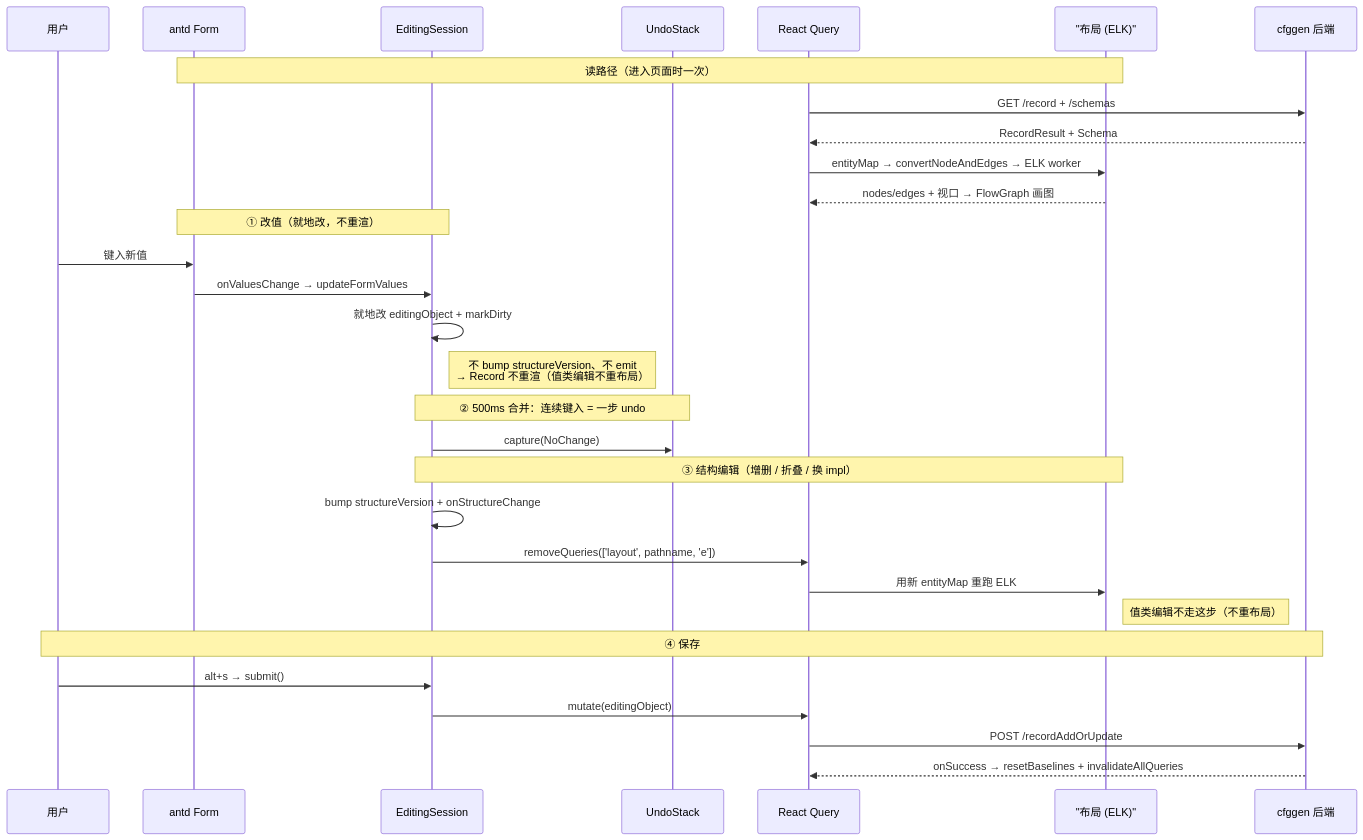
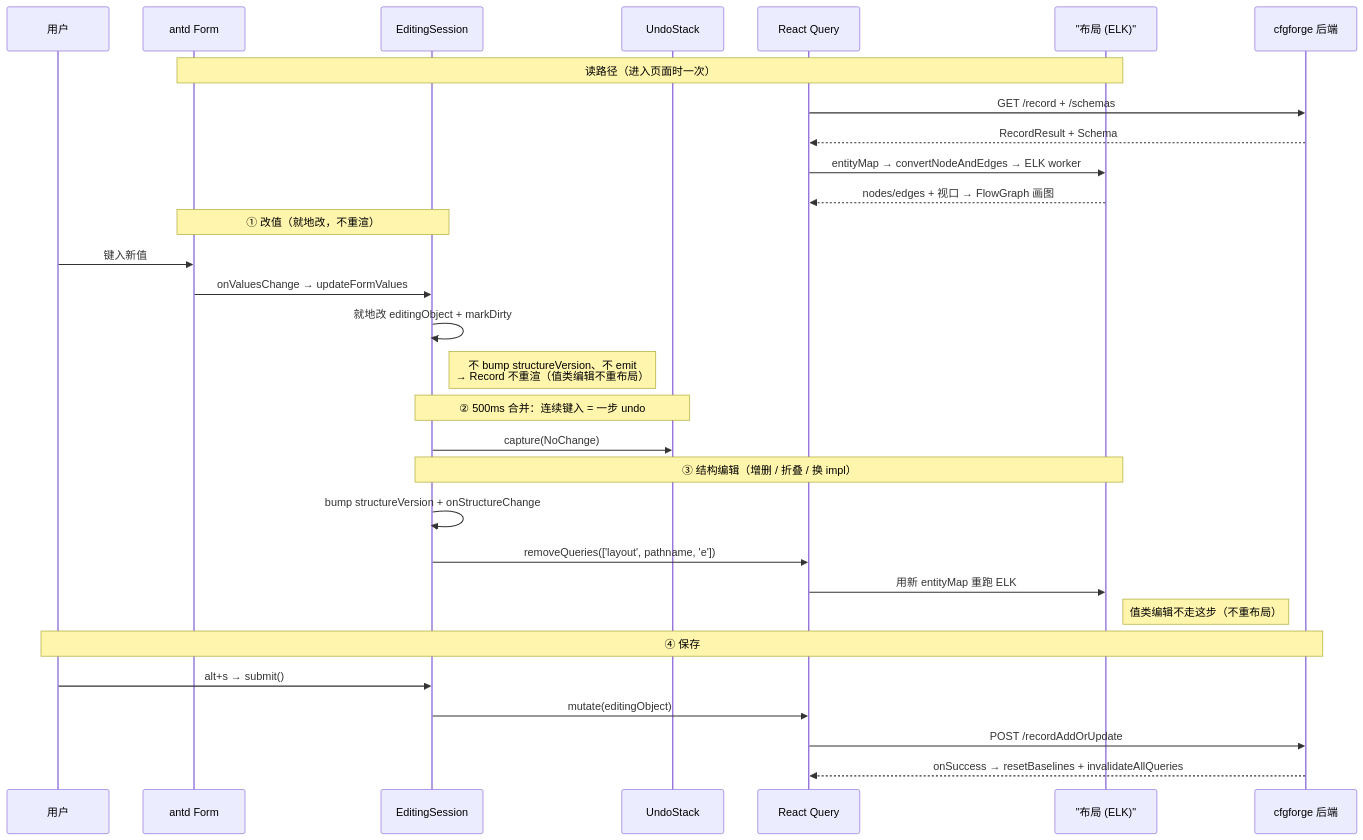
The diagram in cfgeditor/docs/README.md (zhao-zg/cfgforge), drawn with Mermaid before and after one commit. The commit also changed other lines of this file and 314 other files, not shown here.

First line of the commit message:
chore: rebrand cfggen -> cfgforge (package names, CLI, docs, lockfile)

````diff
--- a/cfgeditor/docs/README.md
+++ b/cfgeditor/docs/README.md
@@ -71,37 +71,37 @@
 ```mermaid
 sequenceDiagram
     participant U as 用户
     participant F as antd Form
     participant S as EditingSession
     participant UN as UndoStack
     participant Q as React Query
     participant L as "布局 (ELK)"
-    participant B as cfggen 后端
+    participant B as cfgforge 后端
 
     Note over F,L: 读路径（进入页面时一次）
     Q->>B: GET /record + /schemas
     B-->>Q: RecordResult + Schema
     Q->>L: entityMap → convertNodeAndEdges → ELK worker
     L-->>Q: nodes/edges + 视口 → FlowGraph 画图
 
     Note over F,S: ① 改值（就地改，不重渲）
     U->>F: 键入新值
     F->>S: onValuesChange → updateFormValues
     S->>S: 就地改 editingObject + markDirty
     Note right of S: 不 bump structureVersion、不 emit<br/>→ Record 不重渲（值类编辑不重布局）
 
     Note over S,UN: ② 500ms 合并：连续键入 = 一步 undo
     S->>UN: capture(NoChange)
 
     Note over S,L: ③ 结构编辑（增删 / 折叠 / 换 impl）
     S->>S: bump structureVersion + onStructureChange
     S->>Q: removeQueries(['layout', pathname, 'e'])
     Q->>L: 用新 entityMap 重跑 ELK
     Note right of L: 值类编辑不走这步（不重布局）
 
     Note over U,B: ④ 保存
     U->>S: alt+s → submit()
     S->>Q: mutate(editingObject)
     Q->>B: POST /recordAddOrUpdate
     B-->>Q: onSuccess → resetBaselines + invalidateAllQueries
 ```
````
